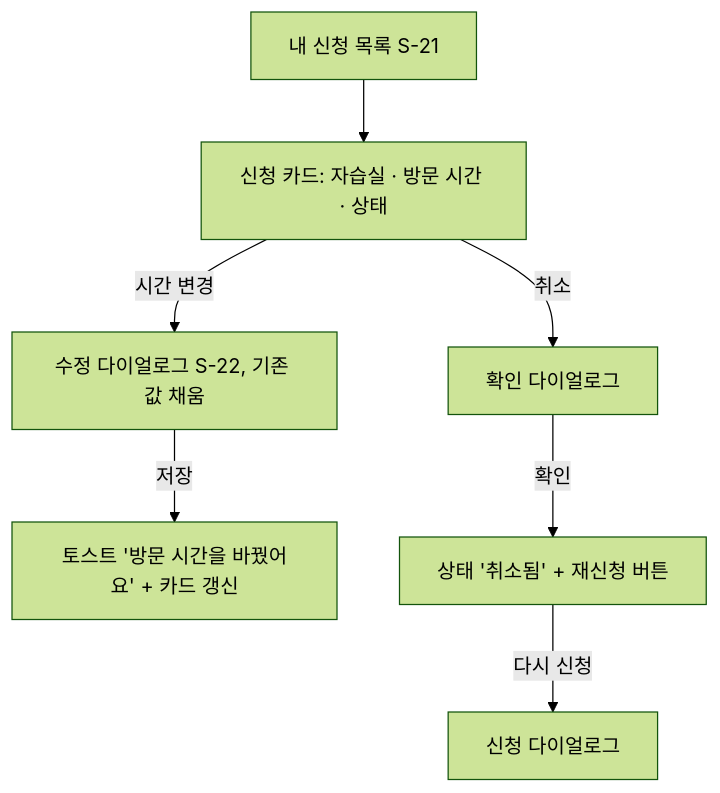
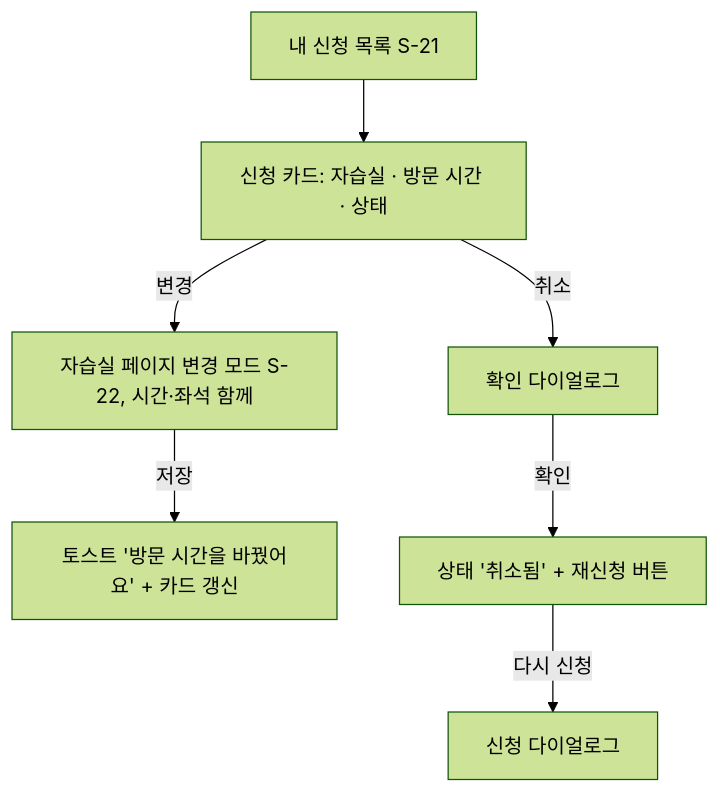
The fourth of 4 diagrams in apps/web/docs/user-flows.md (JungMINI-developer/hiconsy-task), drawn with Mermaid (forest theme) before and after one commit. The commit also changed other lines of this file and 34 other files, not shown here.

First line of the commit message:
feat: 좌석 단위 예약 — 학생 자습실 페이지 (시간 + 좌석 선택) (#45 PR 2) (#50)

````diff
--- a/apps/web/docs/user-flows.md
+++ b/apps/web/docs/user-flows.md
@@ -61,8 +61,8 @@
 ```mermaid
 flowchart TD
   M[내 신청 목록 S-21] --> I[신청 카드: 자습실 · 방문 시간 · 상태]
-  I -->|시간 변경| E[수정 다이얼로그 S-22, 기존 값 채움]
+  I -->|변경| E[자습실 페이지 변경 모드 S-22, 시간·좌석 함께]
   E -->|저장| U[토스트 '방문 시간을 바꿨어요' + 카드 갱신]
   I -->|취소| X[확인 다이얼로그] -->|확인| C[상태 '취소됨' + 재신청 버튼]
   C -->|다시 신청| E2[신청 다이얼로그]
 ```
````
